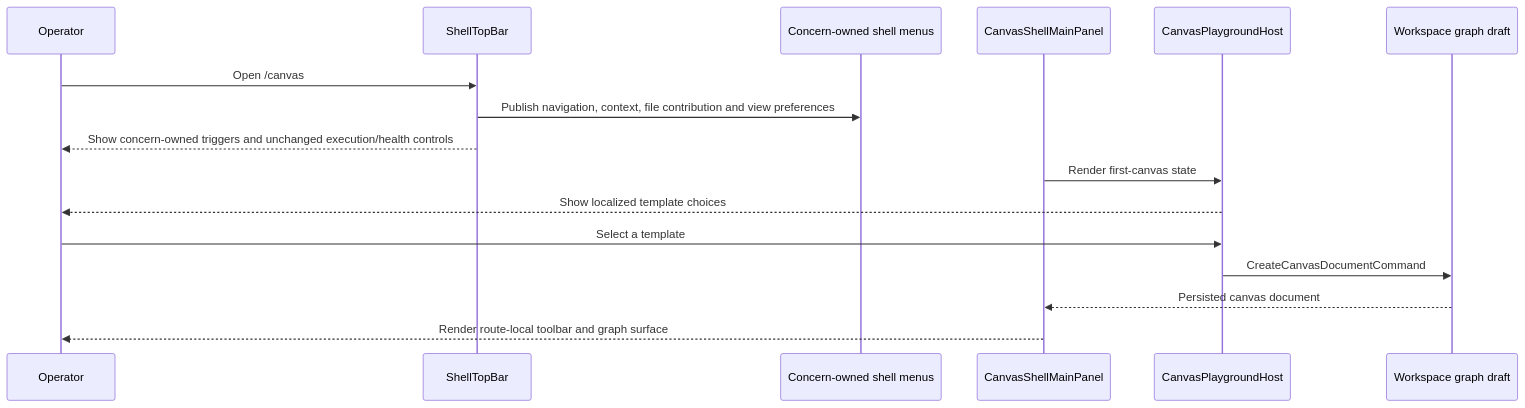
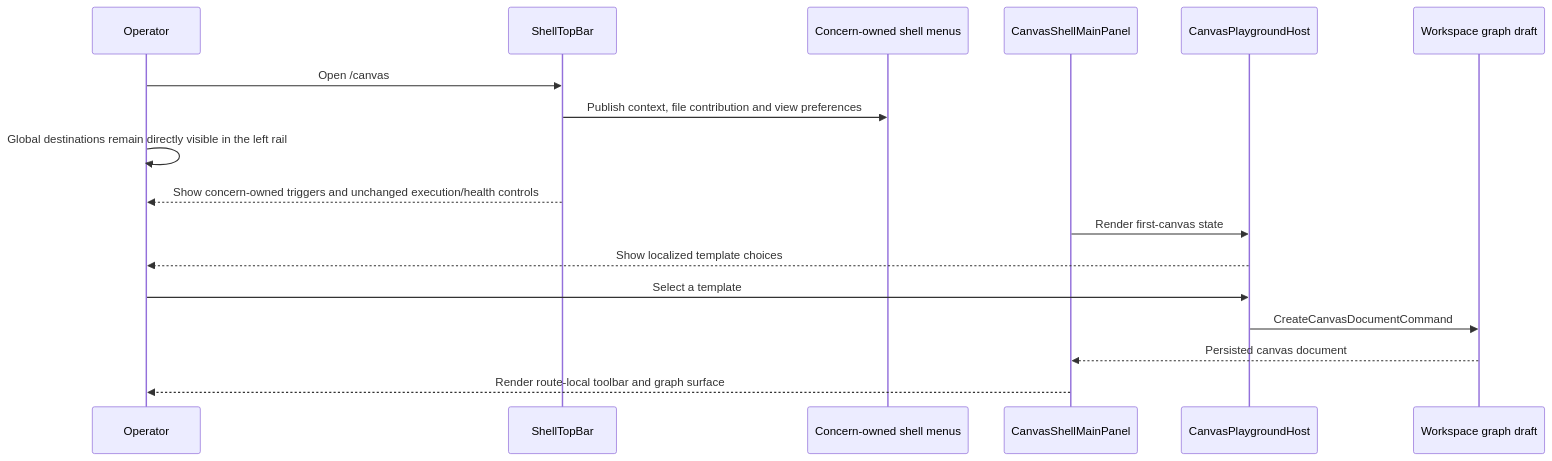
Diagram 15 of 20 in docs/architecture/components/web/graph/canvas-shell-component.md (dunay2/dvt), drawn with Mermaid before and after one commit. The commit also changed other lines of this file and 424 other files, not shown here.

````diff
--- a/docs/architecture/components/web/graph/canvas-shell-component.md
+++ b/docs/architecture/components/web/graph/canvas-shell-component.md
@@ -713,19 +790,20 @@
 ```mermaid
 sequenceDiagram
   participant Operator
   participant Shell as ShellTopBar
   participant Menus as Concern-owned shell menus
   participant Canvas as CanvasShellMainPanel
   participant Host as CanvasPlaygroundHost
   participant Draft as Workspace graph draft
 
   Operator->>Shell: Open /canvas
-  Shell->>Menus: Publish navigation, context, file contribution and view preferences
+  Shell->>Menus: Publish context, file contribution and view preferences
+  Operator->>Operator: Global destinations remain directly visible in the left rail
   Shell-->>Operator: Show concern-owned triggers and unchanged execution/health controls
   Canvas->>Host: Render first-canvas state
   Host-->>Operator: Show localized template choices
   Operator->>Host: Select a template
   Host->>Draft: CreateCanvasDocumentCommand
   Draft-->>Canvas: Persisted canvas document
   Canvas-->>Operator: Render route-local toolbar and graph surface
 ```
````
